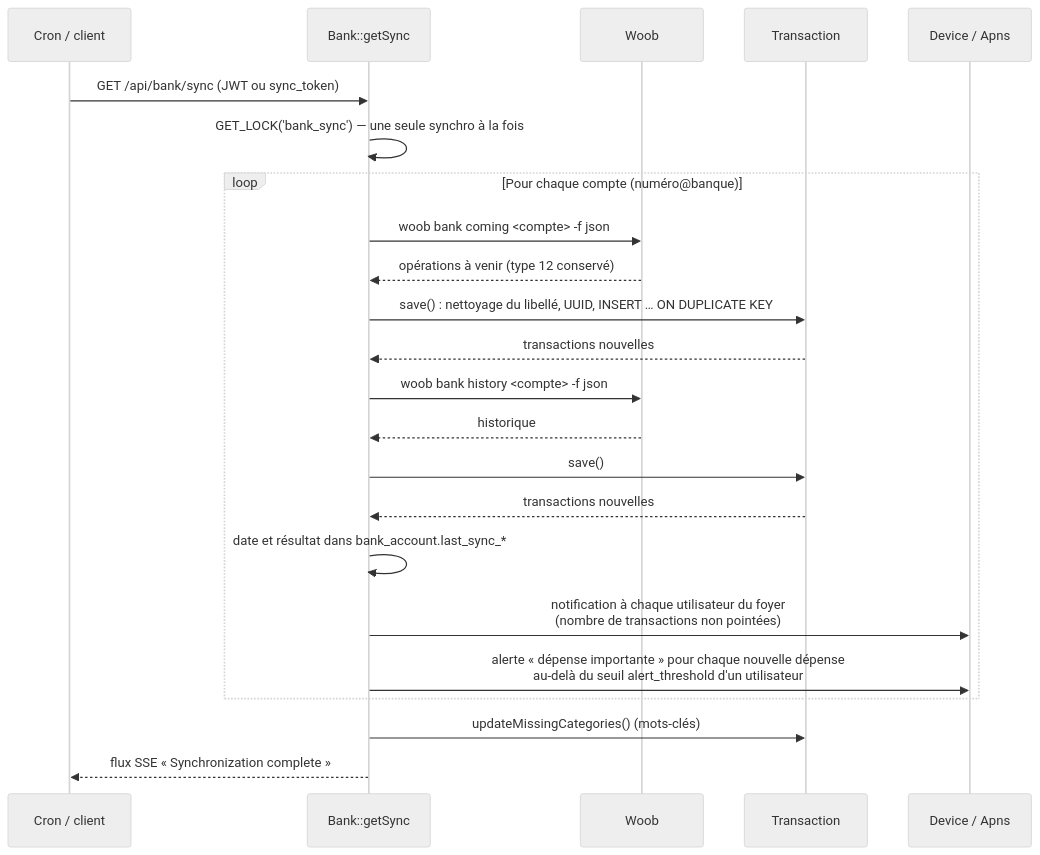
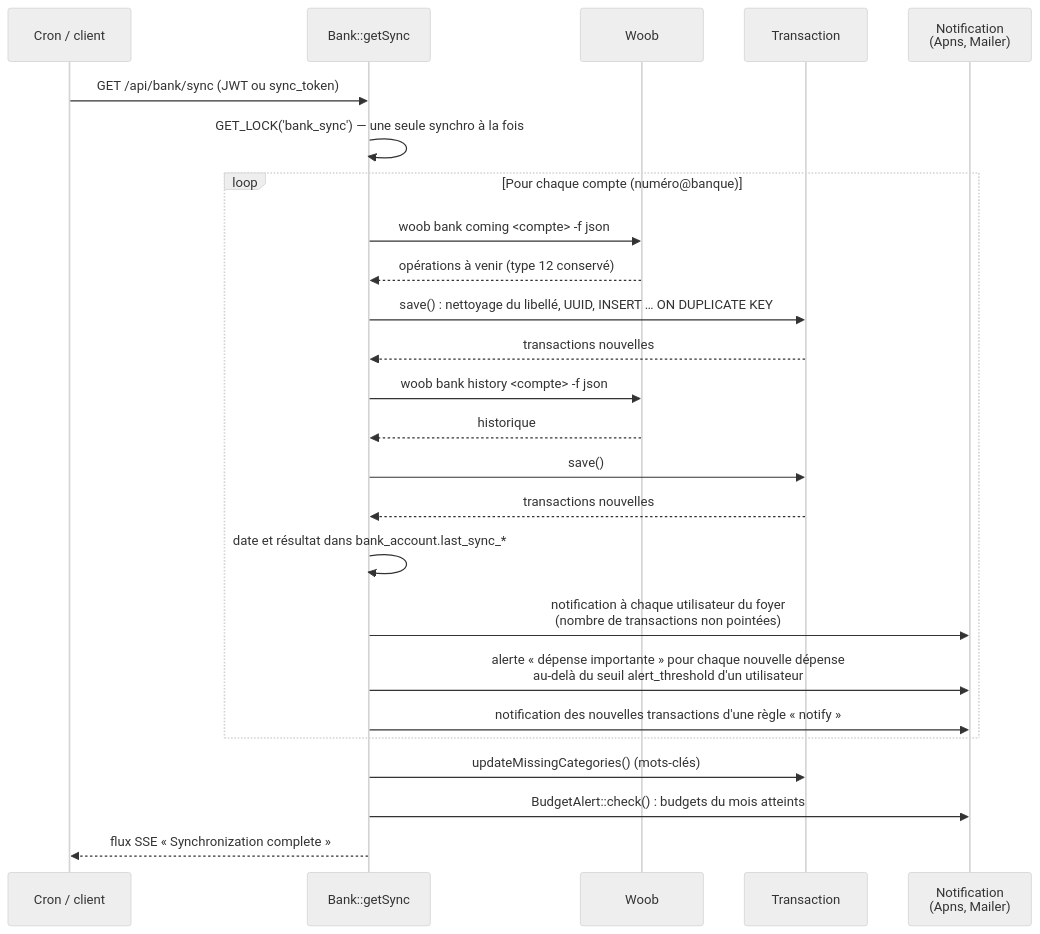
One commit to ltoinel/Carbure changed the third of 4 diagrams in docs/architecture.md. Above: the diagram before and after it, drawn with Mermaid (neutral theme). The commit also changed other lines of this file and 11 other files, not shown here.

````diff
--- a/docs/architecture.md
+++ b/docs/architecture.md
@@ -70,25 +76,27 @@
 ```mermaid
 sequenceDiagram
     participant P as Cron / client
     participant B as Bank::getSync
     participant W as Woob
     participant T as Transaction
-    participant D as Device / Apns
+    participant D as Notification<br/>(Apns, Mailer)
     P->>B: GET /api/bank/sync (JWT ou sync_token)
     B->>B: GET_LOCK('bank_sync') — une seule synchro à la fois
     loop Pour chaque compte (numéro@banque)
         B->>W: woob bank coming <compte> -f json
         W-->>B: opérations à venir (type 12 conservé)
         B->>T: save() : nettoyage du libellé, UUID, INSERT … ON DUPLICATE KEY
         T-->>B: transactions nouvelles
         B->>W: woob bank history <compte> -f json
         W-->>B: historique
         B->>T: save()
         T-->>B: transactions nouvelles
         B->>B: date et résultat dans bank_account.last_sync_*
         B->>D: notification à chaque utilisateur du foyer<br/>(nombre de transactions non pointées)
         B->>D: alerte « dépense importante » pour chaque nouvelle dépense<br/>au-delà du seuil alert_threshold d'un utilisateur
+        B->>D: notification des nouvelles transactions d'une règle « notify »
     end
     B->>T: updateMissingCategories() (mots-clés)
+    B->>D: BudgetAlert::check() : budgets du mois atteints
     B-->>P: flux SSE « Synchronization complete »
 ```
````
